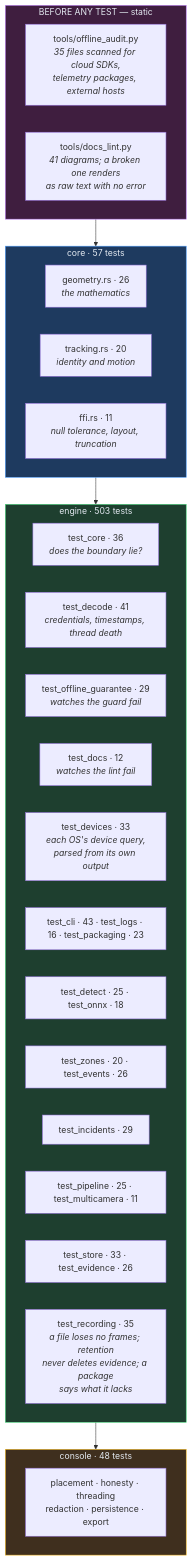
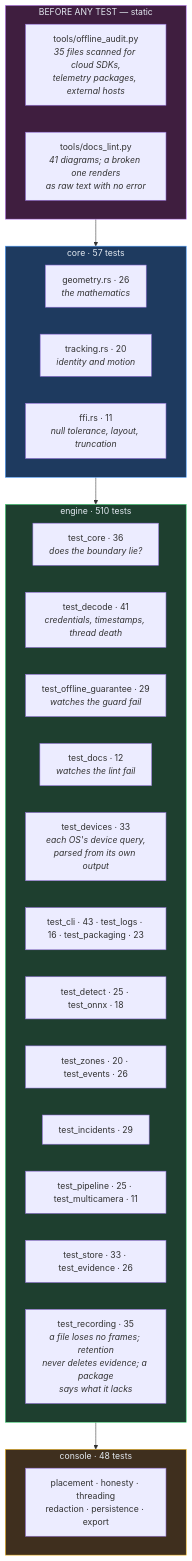
One commit to haidar-farhat/V.I.G.I.L._Vision_Intelligence_and_Geospatial_ncident_Layer changed diagram 15 of 17 in docs/OVERVIEW.md. Above: the diagram before and after it, drawn with Mermaid. The commit also changed other lines of this file and 4 other files, not shown here.

````diff
--- a/docs/OVERVIEW.md
+++ b/docs/OVERVIEW.md
@@ -562,36 +562,36 @@
 ```mermaid
 flowchart TB
     subgraph gate["BEFORE ANY TEST — static"]
         AU["tools/offline_audit.py<br/><i>35 files scanned for cloud SDKs,<br/>telemetry packages, external hosts</i>"]
         DL["tools/docs_lint.py<br/><i>41 diagrams; a broken one renders<br/>as raw text with no error</i>"]
     end
     subgraph rust["core · 57 tests"]
         G["geometry.rs · 26<br/><i>the mathematics</i>"]
         T["tracking.rs · 20<br/><i>identity and motion</i>"]
         F["ffi.rs · 11<br/><i>null tolerance, layout, truncation</i>"]
     end
-    subgraph eng["engine · 503 tests"]
+    subgraph eng["engine · 510 tests"]
         C["test_core · 36<br/><i>does the boundary lie?</i>"]
         DE["test_decode · 41<br/><i>credentials, timestamps, thread death</i>"]
         OG["test_offline_guarantee · 29<br/><i>watches the guard fail</i>"]
         DC["test_docs · 12<br/><i>watches the lint fail</i>"]
         DV["test_devices · 33<br/><i>each OS's device query,<br/>parsed from its own output</i>"]
         CL["test_cli · 43 · test_logs · 16 · test_packaging · 23"]
         DT["test_detect · 25 · test_onnx · 18"]
         Z["test_zones · 20 · test_events · 26"]
         IN["test_incidents · 29"]
         P["test_pipeline · 25 · test_multicamera · 11"]
         ST["test_store · 33 · test_evidence · 26"]
         RE["test_recording · 35<br/><i>a file loses no frames; retention<br/>never deletes evidence; a package<br/>says what it lacks</i>"]
     end
     subgraph con["console · 48 tests"]
         CO["placement · honesty · threading<br/>redaction · persistence · export"]
     end
 
     gate --> rust --> eng --> con
 
     style gate fill:#3f1e3f,stroke:#c084fc,color:#e2e8f0
     style rust fill:#1e3a5f,stroke:#4a9eff,color:#e2e8f0
     style eng fill:#1e3f2f,stroke:#4ade80,color:#e2e8f0
     style con fill:#3f2f1e,stroke:#fbbf24,color:#e2e8f0
 ```
````
